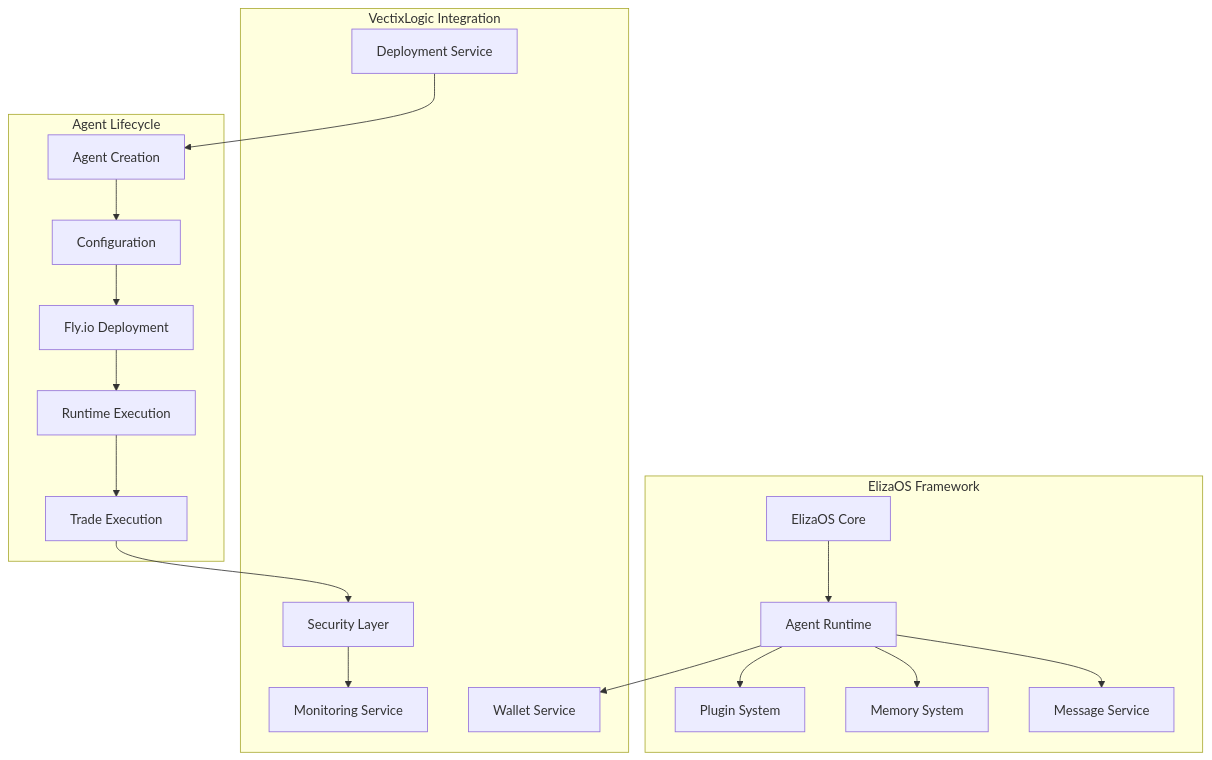
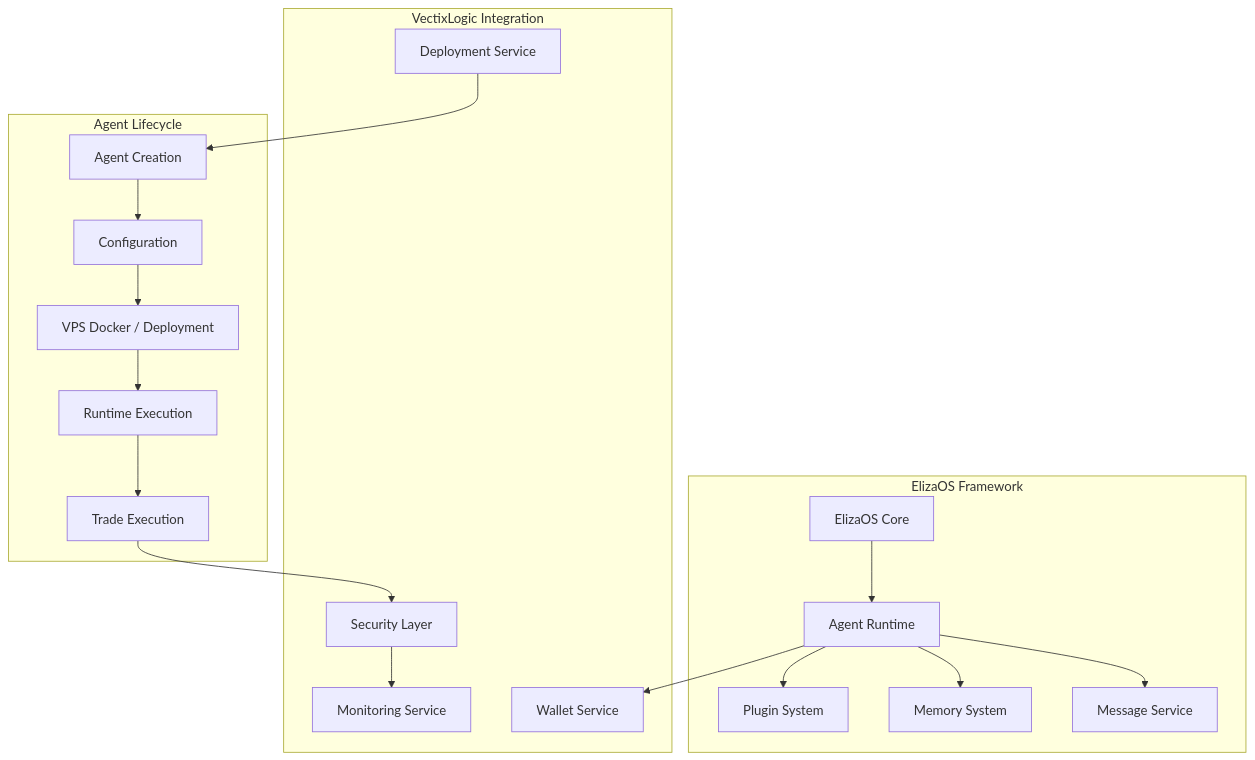
Diagram 20 of 26 in README.md (SemiuAdesina/vectix-nexus), drawn with Mermaid before and after one commit. The commit also changed other lines of this file and 69 other files, not shown here.

````diff
--- a/README.md
+++ b/README.md
@@ -1354,40 +1360,40 @@
 ```mermaid
 graph TB
     subgraph ElizaOS Framework
         CORE[ElizaOS Core]
         RUNTIME[Agent Runtime]
         PLUGINS[Plugin System]
         MEMORY[Memory System]
         MESSAGING[Message Service]
     end
     
     subgraph VectixLogic Integration
         DEPLOY[Deployment Service]
         SECURITY[Security Layer]
         MONITORING[Monitoring Service]
         WALLET[Wallet Service]
     end
     
     subgraph Agent Lifecycle
         CREATE[Agent Creation]
-        CONFIG[Configuration]
-        DEPLOYMENT[Fly.io Deployment]
-        RUNTIME_EXEC[Runtime Execution]
+    CONFIG[Configuration]
+    DEPLOYMENT[VPS Docker / Deployment]
+    RUNTIME_EXEC[Runtime Execution]
         TRADING[Trade Execution]
     end
     
     CORE --> RUNTIME
     RUNTIME --> PLUGINS
     RUNTIME --> MEMORY
     RUNTIME --> MESSAGING
     
     DEPLOY --> CREATE
     CREATE --> CONFIG
     CONFIG --> DEPLOYMENT
     DEPLOYMENT --> RUNTIME_EXEC
     RUNTIME_EXEC --> TRADING
     
     TRADING --> SECURITY
     SECURITY --> MONITORING
     RUNTIME --> WALLET
 ```
````
